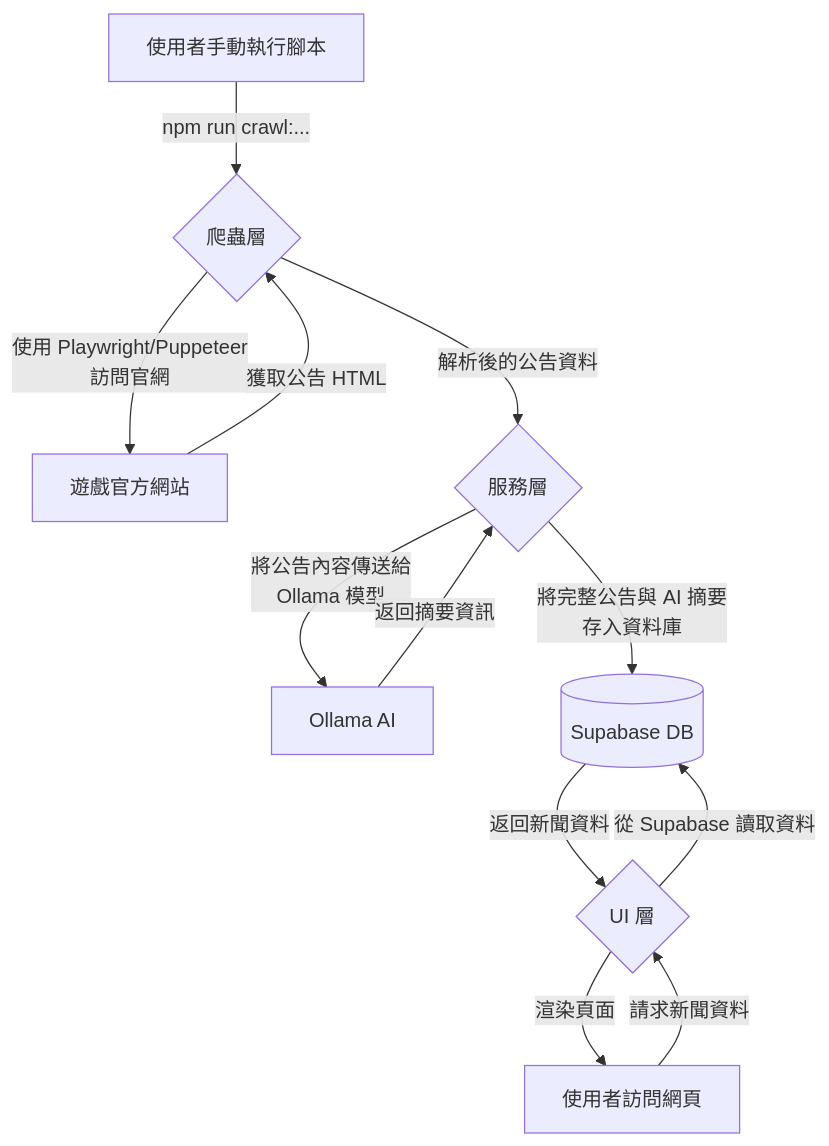
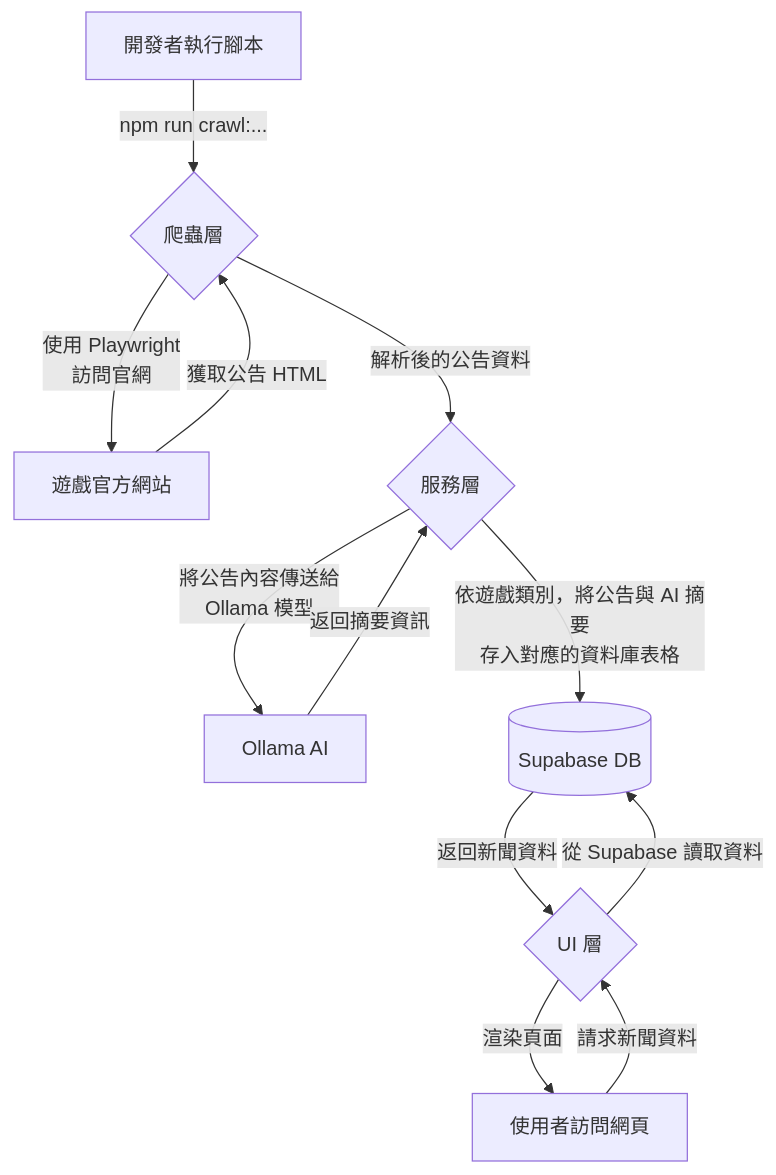
The diagram in README.md (Gskdl78/gamenews), drawn with Mermaid before and after one commit. The commit also changed other lines of this file and 17 other files, not shown here.

````diff
--- a/README.md
+++ b/README.md
@@ -57,14 +58,14 @@
 ```mermaid
 graph TD
-    A[使用者手動執行腳本] -- "npm run crawl:..." --> B{爬蟲層};
-    B -- "使用 Playwright/Puppeteer<br/>訪問官網" --> C[遊戲官方網站];
+    A[開發者執行腳本] -- "npm run crawl:..." --> B{爬蟲層};
+    B -- "使用 Playwright<br/>訪問官網" --> C[遊戲官方網站];
     C -- "獲取公告 HTML" --> B;
     B -- "解析後的公告資料" --> D{服務層};
     D -- "將公告內容傳送給<br/>Ollama 模型" --> E[Ollama AI];
     E -- "返回摘要資訊" --> D;
-    D -- "將完整公告與 AI 摘要<br/>存入資料庫" --> F[(Supabase DB)];
+    D -- "依遊戲類別，將公告與 AI 摘要<br/>存入對應的資料庫表格" --> F[(Supabase DB)];
     G[使用者訪問網頁] -- "請求新聞資料" --> H{UI 層};
     H -- "從 Supabase 讀取資料" --> F;
     F -- "返回新聞資料" --> H;
     H -- "渲染頁面" --> G;
 ```
````
